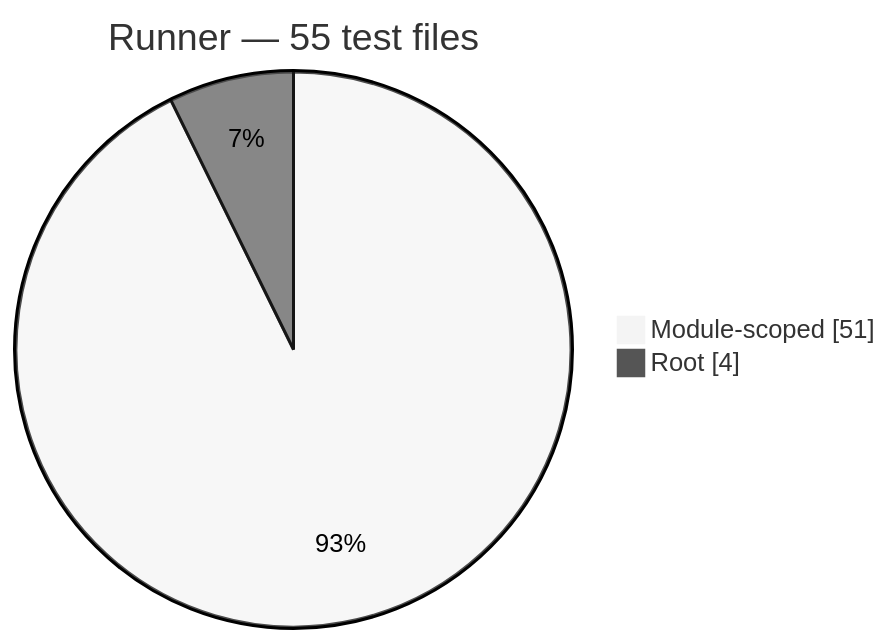
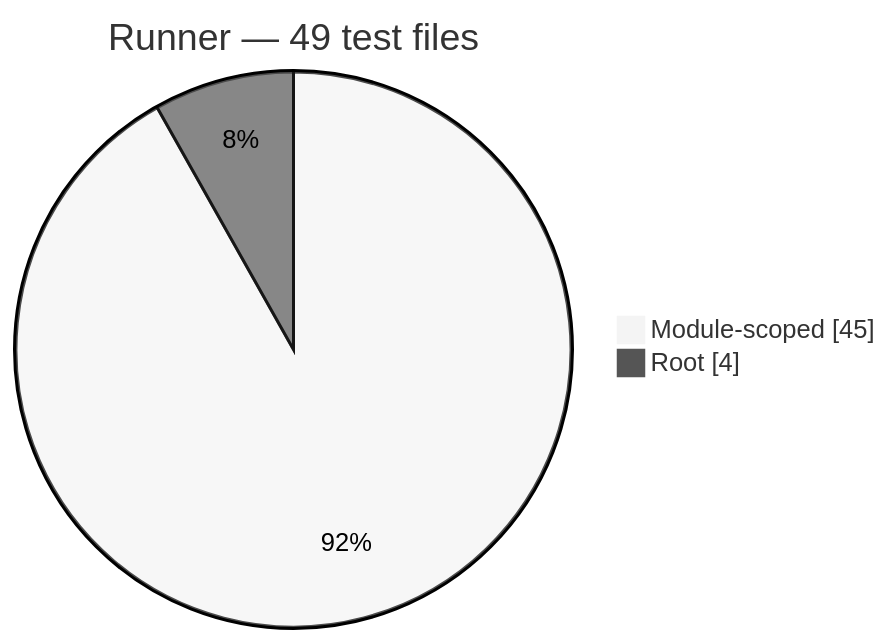
Before and after one commit to Mohammed-Alama/php-arazzo: the sixth of 9 diagrams in docs/generated/test-composition.md, drawn with Mermaid (neutral theme). The commit also changed other lines of this file and 49 other files, not shown here.

````diff
--- a/docs/generated/test-composition.md
+++ b/docs/generated/test-composition.md
@@ -84,6 +84,6 @@
 ```mermaid
 pie showData
-    title Runner — 55 test files
-    "Module-scoped": 51
+    title Runner — 49 test files
+    "Module-scoped": 45
     "Root": 4
 ```
````
